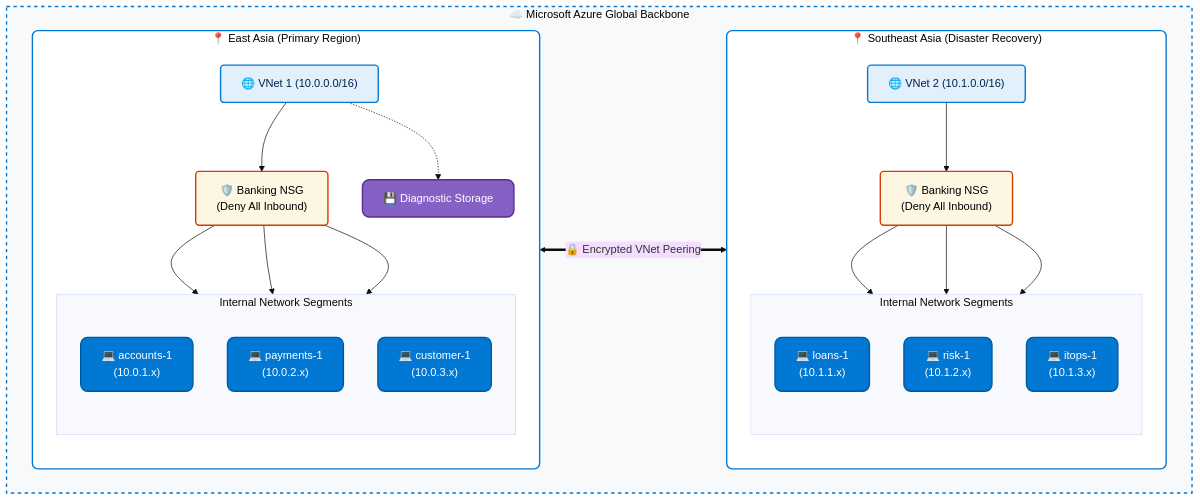
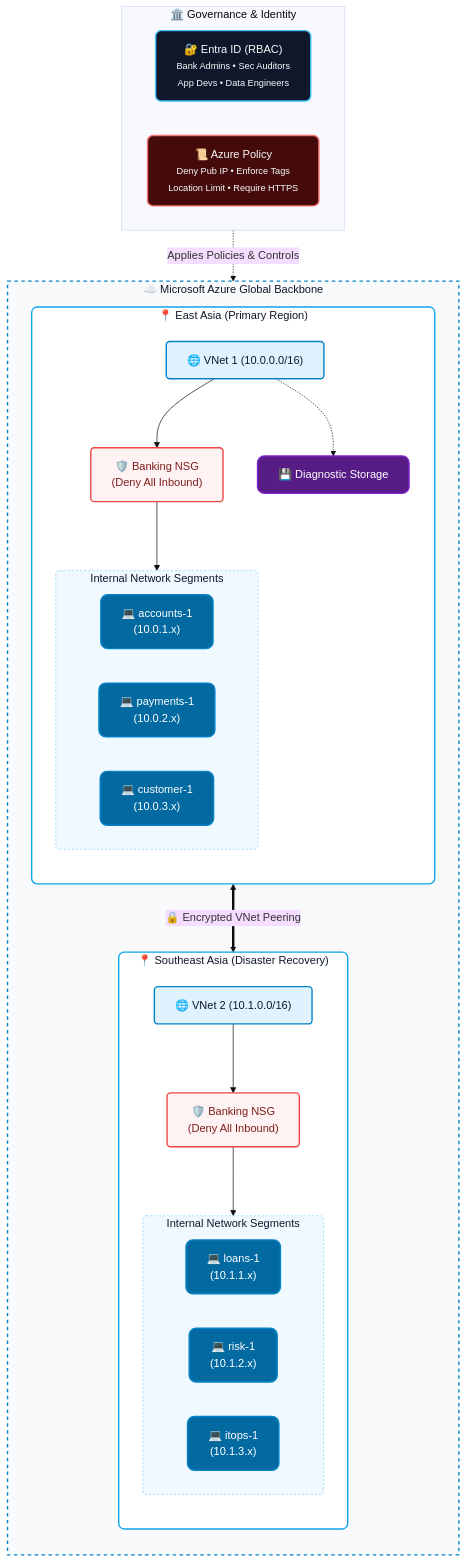
The diagram in README.md (gulmaan87/Azure-banking-system), drawn with Mermaid (base theme) before and after one commit.

````diff
--- a/README.md
+++ b/README.md
@@ -21,60 +21,68 @@
 ```mermaid
 flowchart TB
     %% --- Custom Styles ---
-    classDef azureCloud fill:#f8f9fa,stroke:#0078D4,stroke-width:2px,stroke-dasharray: 5 5,color:#000000
-    classDef region fill:#ffffff,stroke:#0078D4,stroke-width:2px,color:#000000,rx:8,ry:8
-    classDef vnet fill:#e1f0fa,stroke:#0078D4,stroke-width:2px,color:#002050,rx:5,ry:5
-    classDef nsg fill:#fdf6e3,stroke:#d83b01,stroke-width:2px,color:#000000,rx:5,ry:5
-    classDef vm fill:#0078D4,stroke:#005a9e,stroke-width:2px,color:#ffffff,rx:10,ry:10
-    classDef storage fill:#8661C5,stroke:#5c2d91,stroke-width:2px,color:#ffffff,rx:10,ry:10
+    classDef identity fill:#0f172a,stroke:#38bdf8,stroke-width:2px,color:#f8fafc,rx:8,ry:8
+    classDef policy fill:#450a0a,stroke:#f87171,stroke-width:2px,color:#f8fafc,rx:8,ry:8
+    classDef azureCloud fill:#f8fafc,stroke:#0284c7,stroke-width:2px,stroke-dasharray: 5 5,color:#0f172a
+    classDef region fill:#ffffff,stroke:#0ea5e9,stroke-width:2px,color:#0f172a,rx:8,ry:8
+    classDef vnet fill:#e0f2fe,stroke:#0284c7,stroke-width:2px,color:#0f172a,rx:5,ry:5
+    classDef subnet fill:#f0f9ff,stroke:#7dd3fc,stroke-width:1px,color:#0f172a,stroke-dasharray: 3 3,rx:5,ry:5
+    classDef nsg fill:#fef2f2,stroke:#ef4444,stroke-width:2px,color:#7f1d1d,rx:5,ry:5
+    classDef vm fill:#0369a1,stroke:#0284c7,stroke-width:2px,color:#ffffff,rx:10,ry:10
+    classDef storage fill:#581c87,stroke:#7e22ce,stroke-width:2px,color:#ffffff,rx:10,ry:10
+
+    subgraph Governance["🏛️ Governance & Identity"]
+        direction LR
+        RBAC["🔐 Entra ID (RBAC)<br/><small>Bank Admins • Sec Auditors<br>App Devs • Data Engineers</small>"]:::identity
+        Policy["📜 Azure Policy<br/><small>Deny Pub IP • Enforce Tags<br>Location Limit • Require HTTPS</small>"]:::policy
+    end
 
     subgraph AzureCloud["☁️ Microsoft Azure Global Backbone"]
-        direction LR
+        direction TB
 
         %% REGION 1
         subgraph Region1["📍 East Asia (Primary Region)"]
             direction TB
             VNet1["🌐 VNet 1 (10.0.0.0/16)"]:::vnet
             NSG1["🛡️ Banking NSG<br/>(Deny All Inbound)"]:::nsg
             
             subgraph Subnets1["Internal Network Segments"]
-                direction TB
+                direction LR
                 VM1A["💻 accounts-1<br/>(10.0.1.x)"]:::vm
                 VM1B["💻 payments-1<br/>(10.0.2.x)"]:::vm
                 VM1C["💻 customer-1<br/>(10.0.3.x)"]:::vm
             end
             
             Storage["💾 Diagnostic Storage"]:::storage
 
             VNet1 --> NSG1
-            NSG1 --> VM1A
-            NSG1 --> VM1B
-            NSG1 --> VM1C
+            NSG1 --> Subnets1
             VNet1 -.-> Storage
         end
 
         %% REGION 2
         subgraph Region2["📍 Southeast Asia (Disaster Recovery)"]
             direction TB
             VNet2["🌐 VNet 2 (10.1.0.0/16)"]:::vnet
             NSG2["🛡️ Banking NSG<br/>(Deny All Inbound)"]:::nsg
             
             subgraph Subnets2["Internal Network Segments"]
-                direction TB
+                direction LR
                 VM2A["💻 loans-1<br/>(10.1.1.x)"]:::vm
                 VM2B["💻 risk-1<br/>(10.1.2.x)"]:::vm
                 VM2C["💻 itops-1<br/>(10.1.3.x)"]:::vm
             end
 
             VNet2 --> NSG2
-            NSG2 --> VM2A
-            NSG2 --> VM2B
-            NSG2 --> VM2C
+            NSG2 --> Subnets2
         end
 
-        VNet1 <==>|"🔒 Encrypted VNet Peering"| VNet2
+        Region1 <==>|"🔒 Encrypted VNet Peering"| Region2
     end
+    
+    Governance -.->|"Applies Policies & Controls"| AzureCloud
     
     class AzureCloud azureCloud
     class Region1,Region2 region
+    class Subnets1,Subnets2 subnet
 ```
````
